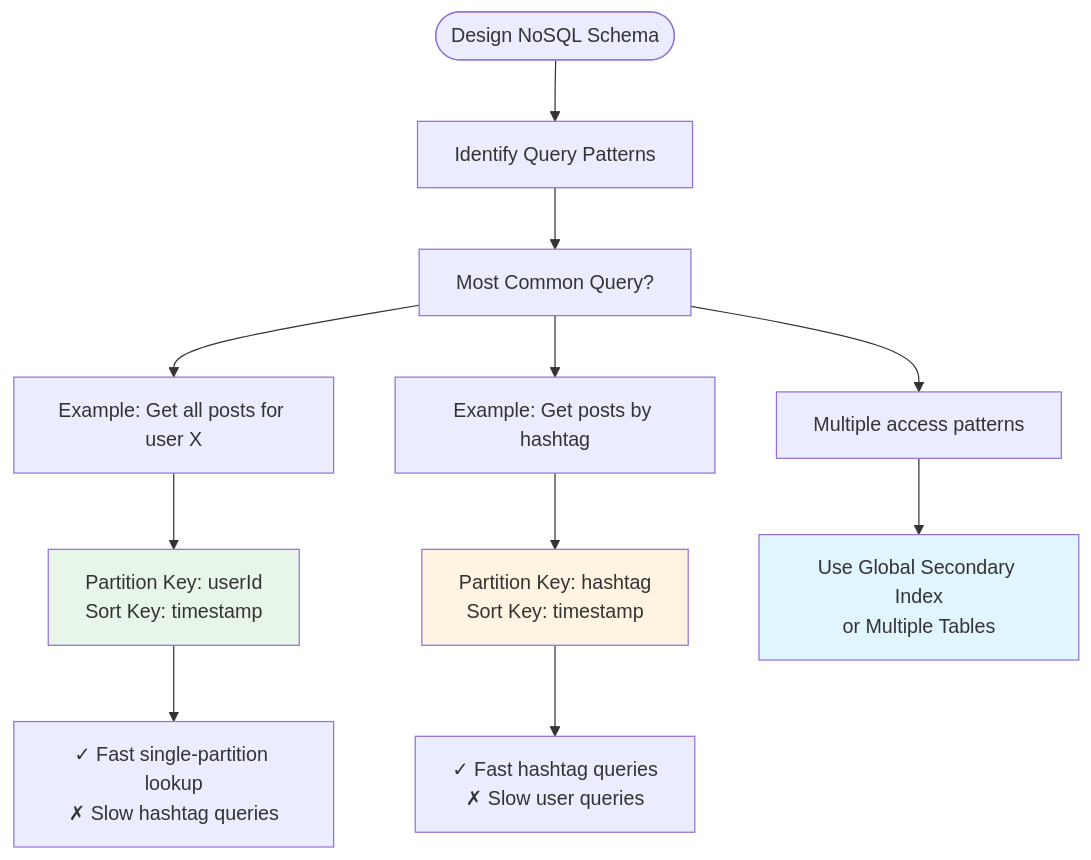
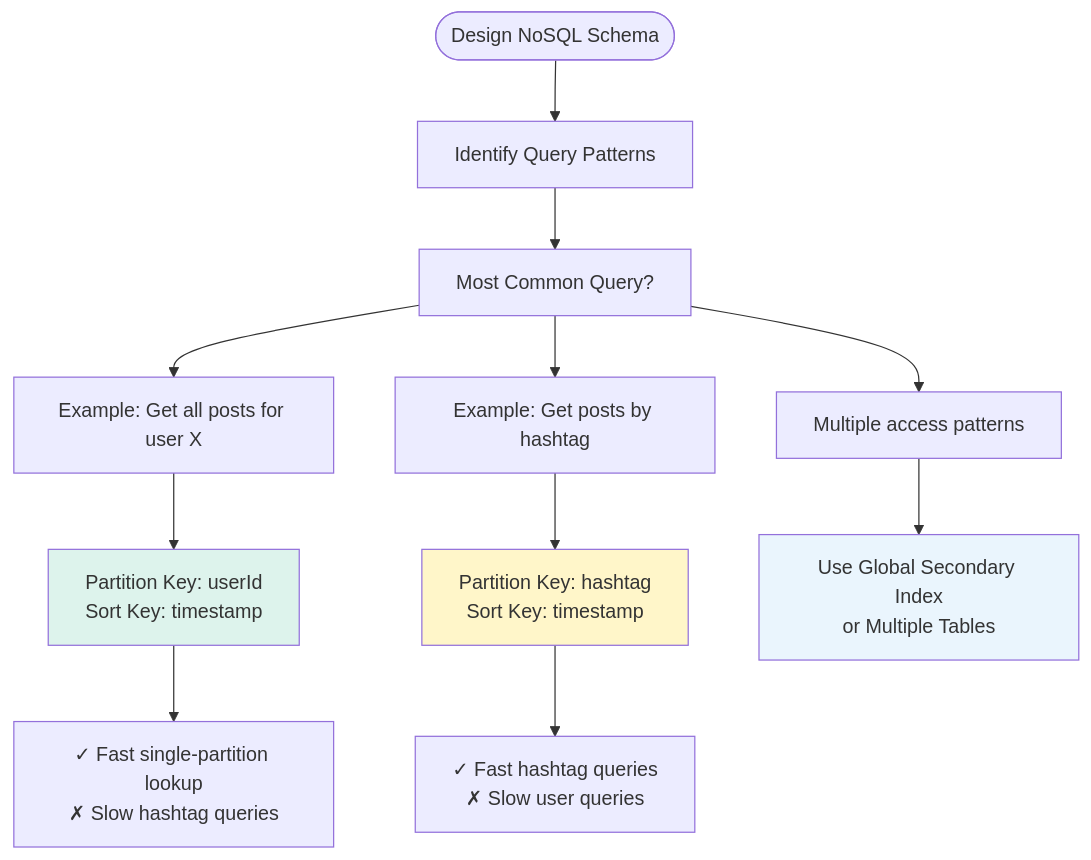
One commit to cartmancodes/InterviewVault changed the seventh of 34 diagrams in LLD/CoreConcepts/CoreConcepts.md. Above: the diagram before and after it, drawn with Mermaid. The commit also changed other lines of this file and 679 other files, not shown here.

Commit message:
Unify content diagrams and add accessible visual walkthroughs

````diff
--- a/LLD/CoreConcepts/CoreConcepts.md
+++ b/LLD/CoreConcepts/CoreConcepts.md
@@ -299,24 +299,24 @@
 ```mermaid
 graph TB
     Start([Design NoSQL Schema])
     
     Start --> Q1[Identify Query Patterns]
     Q1 --> Q2[Most Common Query?]
     
     Q2 --> E1["Example: Get all posts for user X"]
     E1 --> D1[Partition Key: userId<br/>Sort Key: timestamp]
     
     D1 --> R1[✓ Fast single-partition lookup<br/>✗ Slow hashtag queries]
     
     Q2 --> E2["Example: Get posts by hashtag"]
     E2 --> D2[Partition Key: hashtag<br/>Sort Key: timestamp]
     
     D2 --> R2[✓ Fast hashtag queries<br/>✗ Slow user queries]
     
     Q2 --> E3[Multiple access patterns]
     E3 --> D3[Use Global Secondary Index<br/>or Multiple Tables]
     
-    style D1 fill:#e8f5e9
-    style D2 fill:#fff4e1
-    style D3 fill:#e1f5ff
+    style D1 fill:#DDF3EC
+    style D2 fill:#FFF6C9
+    style D3 fill:#EAF5FD
 ```
````
